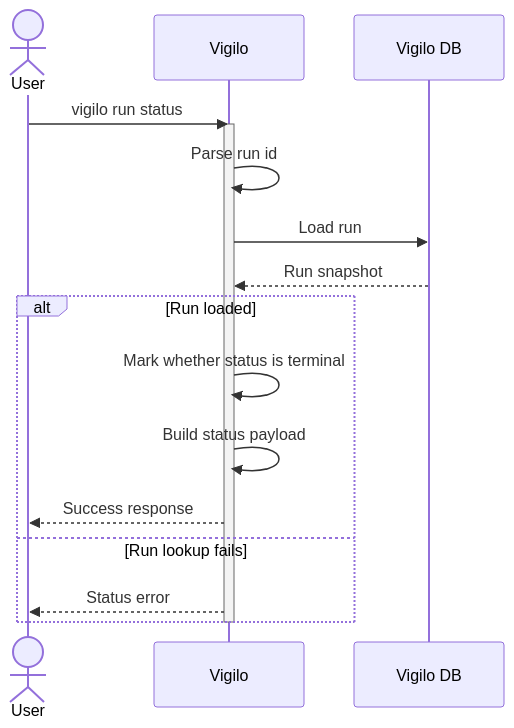
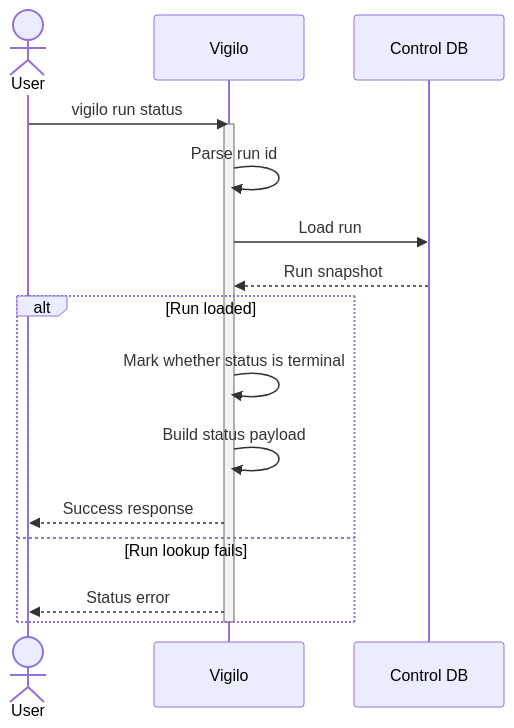
The diagram in web/docs/architecture/flows/run/status/execution-flow.mmd (gregl83/agent-vigilo), drawn with Mermaid before and after one commit. The commit also changed 16 other files, not shown here.

```diff
--- a/web/docs/architecture/flows/run/status/execution-flow.mmd
+++ b/web/docs/architecture/flows/run/status/execution-flow.mmd
@@ -1,27 +1,27 @@
 ---
 config:
   flowchart:
     nodeSpacing: 150
     rankSpacing: 80
   themeVariables:
     edgeLabelBackground: 'transparent'
 ---
 sequenceDiagram
     actor User
     participant Vigilo
-    participant DB as Vigilo DB
+    participant ControlDB as Control DB
 
     User->>Vigilo: vigilo run status
     activate Vigilo
     Vigilo->>Vigilo: Parse run id
-    Vigilo->>DB: Load run
-    DB-->>Vigilo: Run snapshot
+    Vigilo->>ControlDB: Load run
+    ControlDB-->>Vigilo: Run snapshot
 
     alt Run loaded
         Vigilo->>Vigilo: Mark whether status is terminal
         Vigilo->>Vigilo: Build status payload
         Vigilo-->>User: Success response
     else Run lookup fails
         Vigilo-->>User: Status error
     end
     deactivate Vigilo
```
